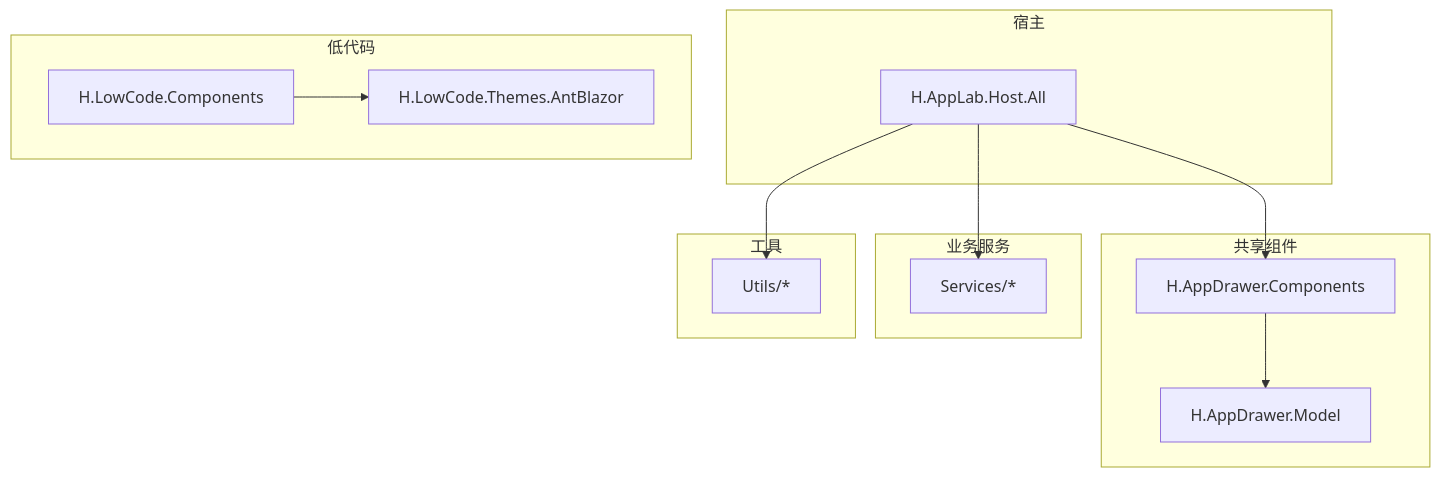
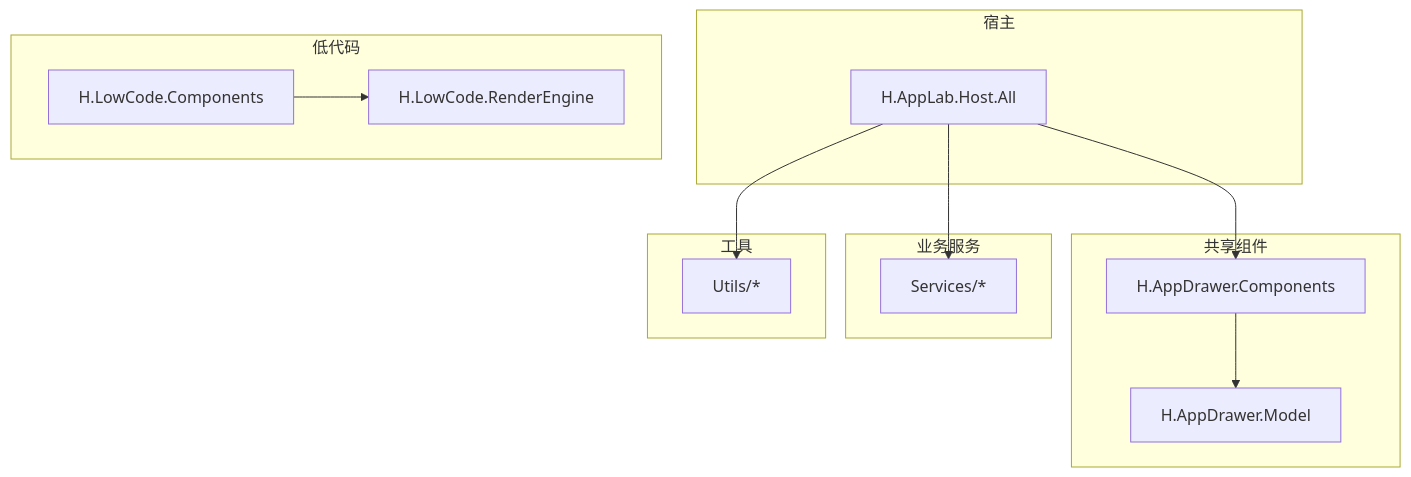
One commit to openlowcodelab/lowcode changed the first of 6 diagrams in .qoder/repowiki/zh/content/前端架构/前端架构.md. Above: the diagram before and after it, drawn with Mermaid. The commit also changed other lines of this file and 21 other files, not shown here.

Commit message:
[LowCode] 项目重命名

````diff
--- a/.qoder/repowiki/zh/content/前端架构/前端架构.md
+++ b/.qoder/repowiki/zh/content/前端架构/前端架构.md
@@ -43,25 +43,25 @@
 ```mermaid
 graph TB
 subgraph "宿主"
 HostAll["H.AppLab.Host.All"]
 end
 subgraph "共享组件"
 AppDrawerComp["H.AppDrawer.Components"]
 AppDrawerModel["H.AppDrawer.Model"]
 end
 subgraph "低代码"
 Defaults["H.LowCode.Components"]
-Theme["H.LowCode.Themes.AntBlazor"]
+Theme["H.LowCode.RenderEngine"]
 end
 subgraph "业务服务"
 Services["Services/*"]
 end
 subgraph "工具"
 Utils["Utils/*"]
 end
 HostAll --> AppDrawerComp
 AppDrawerComp --> AppDrawerModel
 Defaults --> Theme
 HostAll --> Services
 HostAll --> Utils
 ```
````
